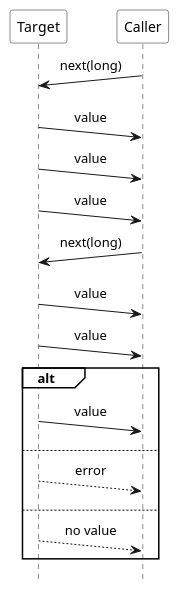
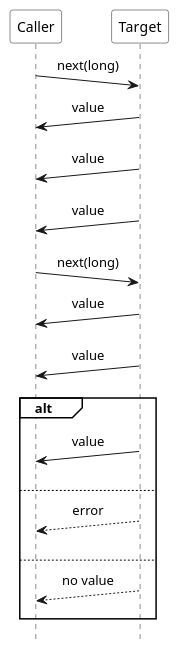
One commit to ti-cortex-m4/demo-java-reactive-streams-old changed the diagram in images/pattern_Iterator_with_batching.puml. Above: the diagram before and after it, drawn with PlantUML. The commit also changed other lines of this file and 8 other files, not shown here.

```diff
--- a/images/pattern_Iterator_with_batching.puml
+++ b/images/pattern_Iterator_with_batching.puml
@@ -1,36 +1,36 @@
 @startuml
 
 scale 1.0
 hide footbox
 
 !pragma teoz true
 
 skinparam monochrome true
 skinparam defaultFontName Source Sans Pro
 skinparam sequenceMessageAlign center
 skinparam participantBackgroundColor #white
 skinparam noteBackgroundColor #white
 skinparam sequenceGroupBackgroundColor #white
 skinparam participantPadding 20
 
+participant Caller
 participant Target
-participant Caller
 
 Caller ->(10) Target : next(long)
 Target ->(10) Caller : value
 Target ->(10) Caller : value
 Target ->(10) Caller : value
 
 Caller ->(10) Target : next(long)
 Target ->(10) Caller : value
 Target ->(10) Caller : value
 
 alt
 Target ->(10) Caller : value
 else
 Target -->(10) Caller : error
 else
 Target -->(10) Caller : no value
 end
 
 @enduml
```
